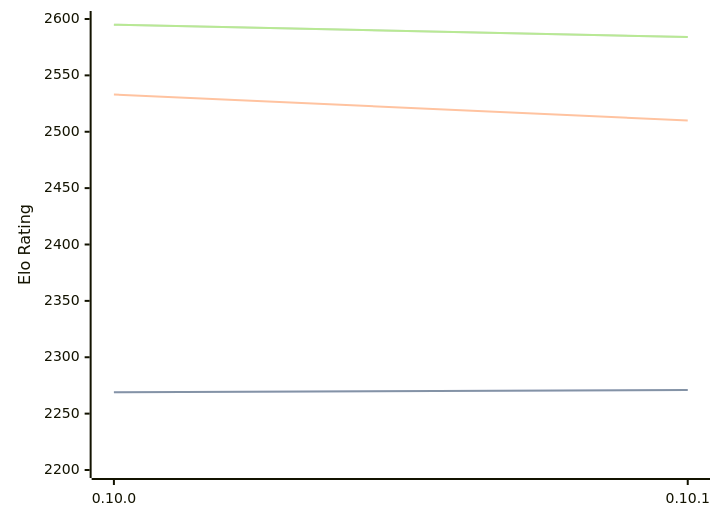
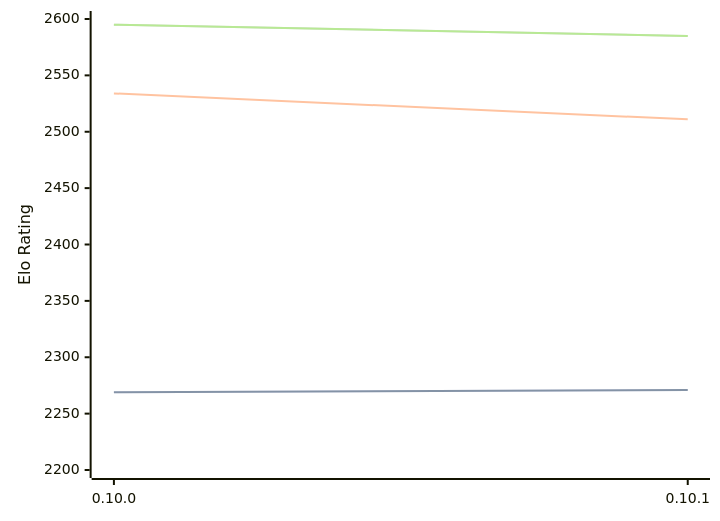
The diagram in engines/Fatalii.md (computer-chess-index/cci), drawn with Mermaid before and after one commit. The commit also changed other lines of this file, not shown here.

Commit message:
Update CCI Ratings (ELO VLTC) - 2026-05-21

````diff
--- a/engines/Fatalii.md
+++ b/engines/Fatalii.md
@@ -46,11 +46,11 @@
 ```mermaid
 %%{init: {"theme":"base","themeVariables":{"seriesColors:['#a3a3a3','#222221','#faa371']}}}%%
 xychart-beta
   x-axis ["0.10.0", "0.10.1"]
   y-axis "Elo Rating" 2200 --> 2600
   line "STC (8.0+0.08s)" [2269, 2271]
   line "STC (8.0+0.08s)" [2269, 2271]
-  line "LTC (60.0+0.60s)" [2533, 2510]
-  line "VLTC (2m24s+1.12s)" [2595, 2584]
-  line "VLTC (2m24s+1.12s)" [2595, 2584]
+  line "LTC (60.0+0.60s)" [2534, 2511]
+  line "VLTC (2m24s+1.12s)" [2595, 2585]
+  line "VLTC (2m24s+1.12s)" [2595, 2585]
 ```
````
